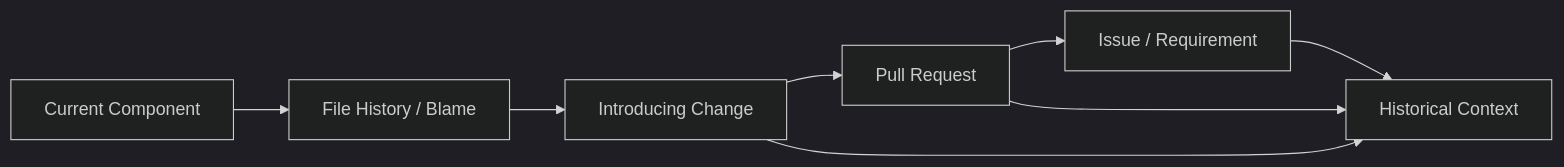
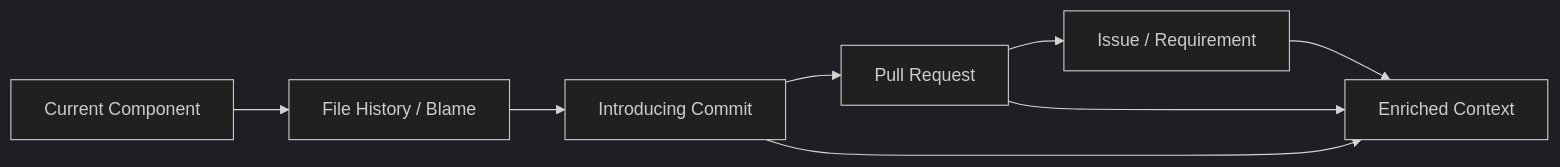
The third of 4 diagrams in ARCHITECTURE.md (ShlokRamteke/CodeAtlas), drawn with Mermaid (dark theme) before and after one commit. The commit also changed other lines of this file and 3 other files, not shown here.

Commit message:
docs: update living architecture, decisions, roadmap, and phase specs with containerization and PH3-01 completion

````diff
--- a/ARCHITECTURE.md
+++ b/ARCHITECTURE.md
@@ -238,10 +249,10 @@
 ```mermaid
 flowchart LR
     CODE[Current Component] --> BLAME[File History / Blame]
-    BLAME --> COMMIT[Introducing Change]
+    BLAME --> COMMIT[Introducing Commit]
     COMMIT --> PR[Pull Request]
     PR --> ISSUE[Issue / Requirement]
-    ISSUE --> CONTEXT[Historical Context]
+    ISSUE --> CONTEXT[Enriched Context]
     PR --> CONTEXT
     COMMIT --> CONTEXT
 ```
````
